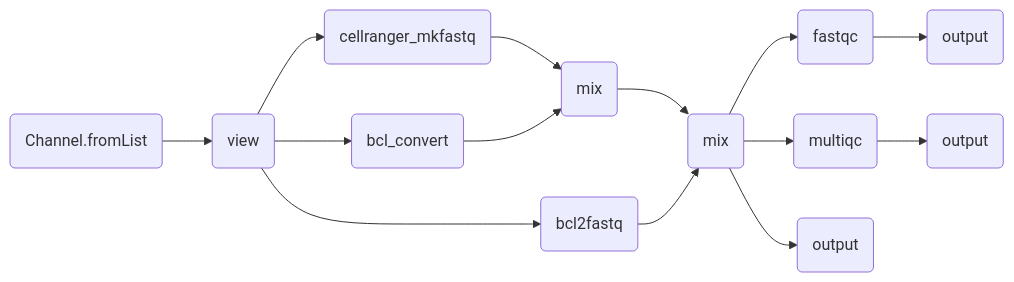
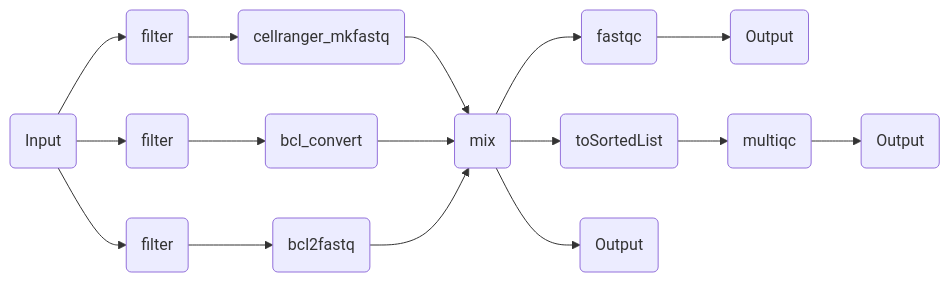
One commit to openpipelines-bio/website changed the diagram in components/workflow_ingestion_demux.qmd. Above: the diagram before and after it, drawn with Mermaid. The commit also changed 6 other files, not shown here.

Commit message:
update pipeline graphs

````diff
--- a/components/workflow_ingestion_demux.qmd
+++ b/components/workflow_ingestion_demux.qmd
@@ -50,30 +50,34 @@
 ```{mermaid}
 %%| column: screen-inset-shaded
 flowchart LR
-    p0(Channel.fromList)
-    p2(view)
+    p0(Input)
+    p3(filter)
     p8(cellranger_mkfastq)
     p27(mix)
+    p11(filter)
     p16(bcl_convert)
+    p19(filter)
     p24(bcl2fastq)
-    p28(mix)
-    p33(fastqc)
-    p36(output)
-    p44(multiqc)
-    p47(output)
-    p51(output)
-    p27-->p28
-    p0-->p2
-    p2-->p8
+    p32(fastqc)
+    p35(Output)
+    p37(toSortedList)
+    p43(multiqc)
+    p46(Output)
+    p50(Output)
+    p0-->p3
+    p0-->p11
+    p0-->p19
+    p3-->p8
     p8-->p27
-    p2-->p16
+    p11-->p16
     p16-->p27
-    p2-->p24
-    p24-->p28
-    p28-->p33
-    p33-->p36
-    p28-->p44
-    p44-->p47
-    p28-->p51
+    p19-->p24
+    p24-->p27
+    p27-->p32
+    p32-->p35
+    p27-->p37
+    p37-->p43
+    p43-->p46
+    p27-->p50
 
 ```
````
